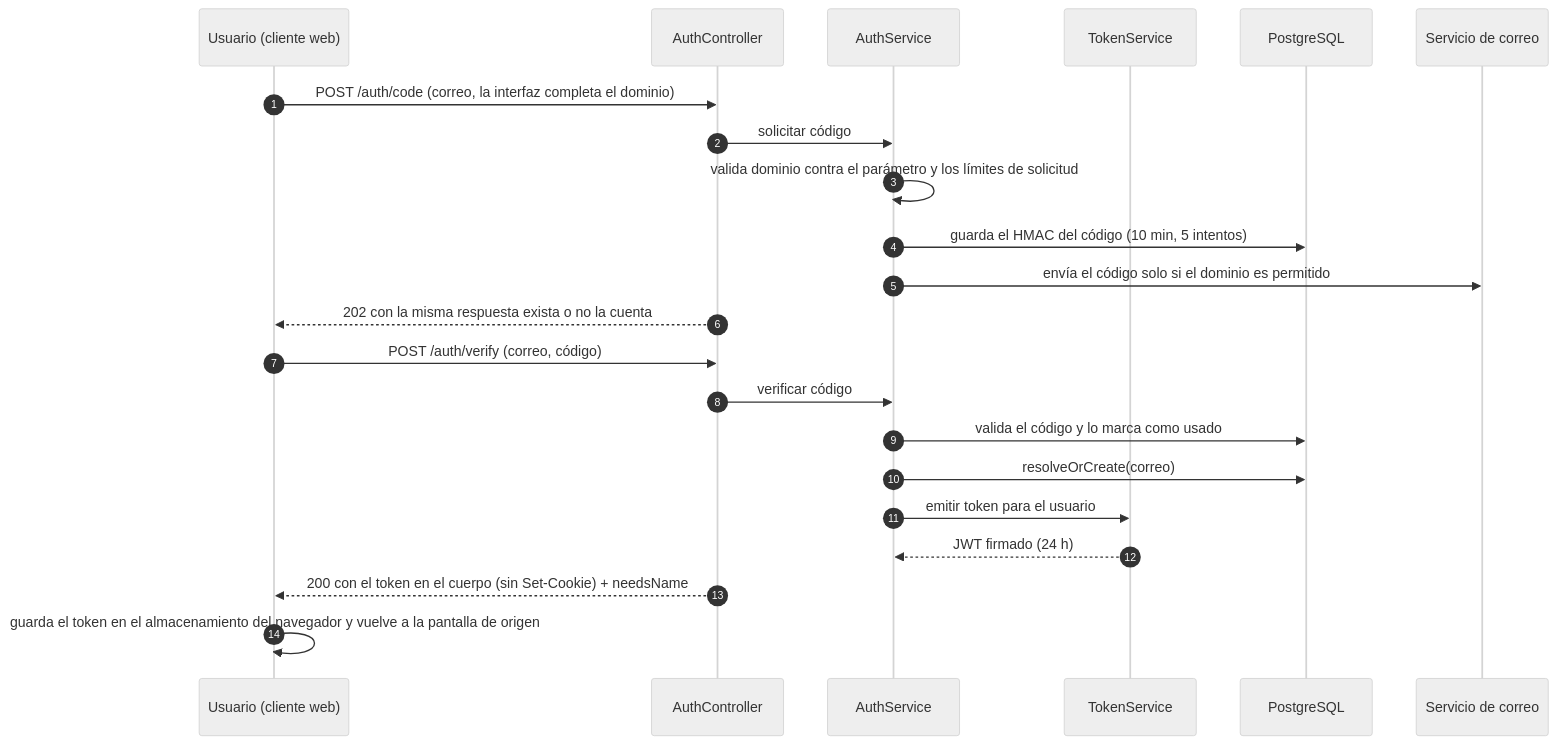
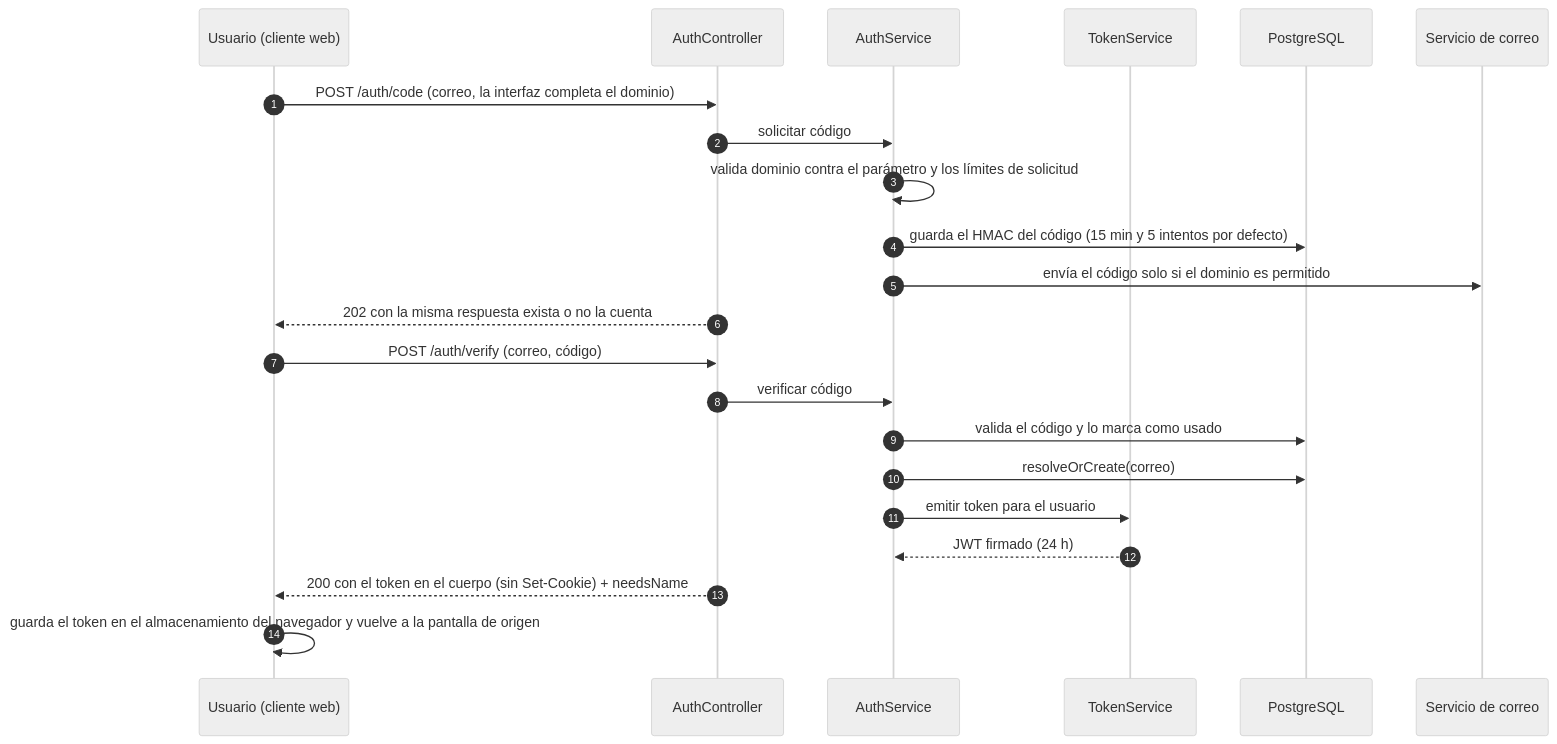
The fourth of 5 diagrams in docs/techincal-plan/plan-general.md (SebasTK2008/Unimag-Deportes), drawn with Mermaid (neutral theme) before and after one commit. The commit also changed other lines of this file and 41 other files, not shown here.

````diff
--- a/docs/techincal-plan/plan-general.md
+++ b/docs/techincal-plan/plan-general.md
@@ -366,25 +371,25 @@
 ```mermaid
 sequenceDiagram
   autonumber
   participant U as Usuario (cliente web)
   participant C as AuthController
   participant A as AuthService
   participant T as TokenService
   participant DB as PostgreSQL
   participant M as Servicio de correo
 
   U->>C: POST /auth/code (correo, la interfaz completa el dominio)
   C->>A: solicitar código
   A->>A: valida dominio contra el parámetro y los límites de solicitud
-  A->>DB: guarda el HMAC del código (10 min, 5 intentos)
+  A->>DB: guarda el HMAC del código (15 min y 5 intentos por defecto)
   A->>M: envía el código solo si el dominio es permitido
   C-->>U: 202 con la misma respuesta exista o no la cuenta
   U->>C: POST /auth/verify (correo, código)
   C->>A: verificar código
   A->>DB: valida el código y lo marca como usado
   A->>DB: resolveOrCreate(correo)
   A->>T: emitir token para el usuario
   T-->>A: JWT firmado (24 h)
   C-->>U: 200 con el token en el cuerpo (sin Set-Cookie) + needsName
   U->>U: guarda el token en el almacenamiento del navegador y vuelve a la pantalla de origen
 ```
````
